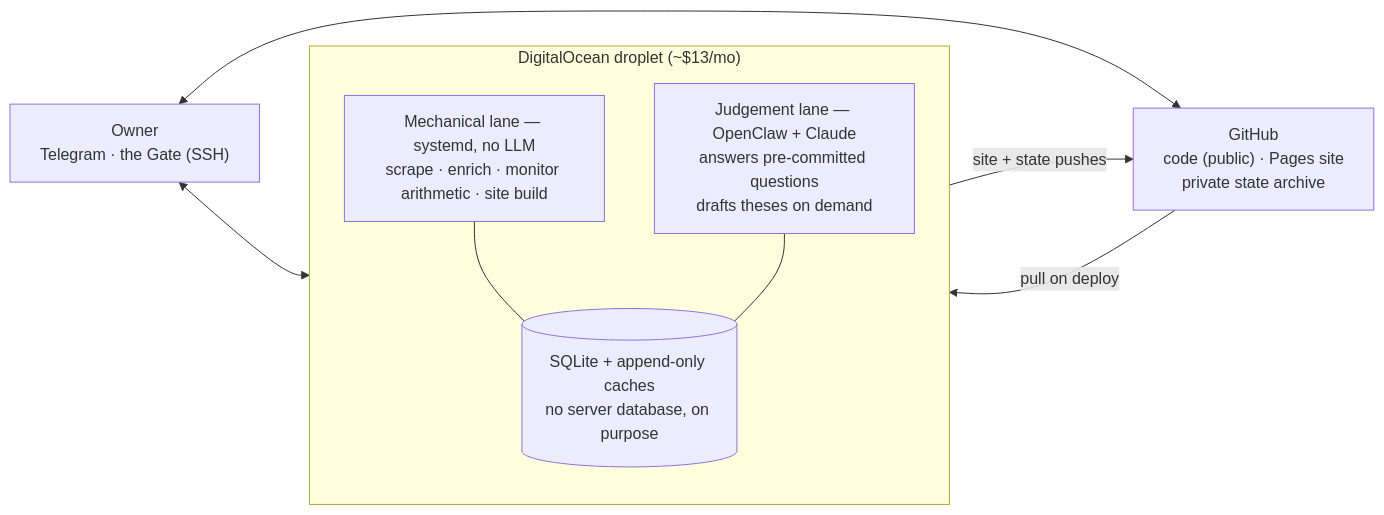
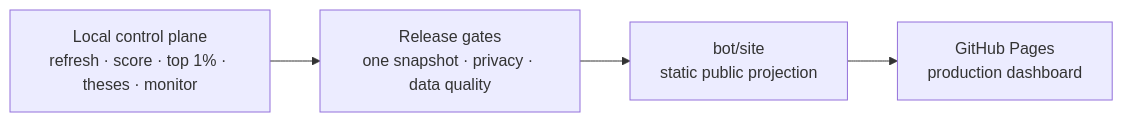
Before and after one commit to qpec/invest-ai: the second of 2 diagrams in README.md, drawn with Mermaid. The commit also changed other lines of this file and 4 other files, not shown here.

Commit message:
fix: block publication on missing top theses

````diff
--- a/README.md
+++ b/README.md
@@ -83,17 +83,8 @@
 ```mermaid
 flowchart LR
-    subgraph BOX["DigitalOcean droplet (~$13/mo)"]
-        direction TB
-        M["Mechanical lane — systemd, no LLM<br/>scrape · enrich · monitor arithmetic · site build"]
-        J["Judgement lane — OpenClaw + Claude<br/>answers pre-committed questions<br/>drafts theses on demand"]
-        D[("SQLite + append-only caches<br/>no server database, on purpose")]
-        M --- D
-        J --- D
-    end
-    GH["GitHub<br/>code (public) · Pages site<br/>private state archive"]
-    O["Owner<br/>Telegram · the Gate (SSH)"]
-    BOX -->|"site + state pushes"| GH
-    GH -->|"pull on deploy"| BOX
-    O <--> J
-    O <--> GH
+    L["Local control plane<br/>refresh · score · top 1% · theses · monitor"]
+    V["Release gates<br/>one snapshot · privacy · data quality"]
+    G["bot/site<br/>static public projection"]
+    P["GitHub Pages<br/>production dashboard"]
+    L --> V --> G --> P
 ```
````
